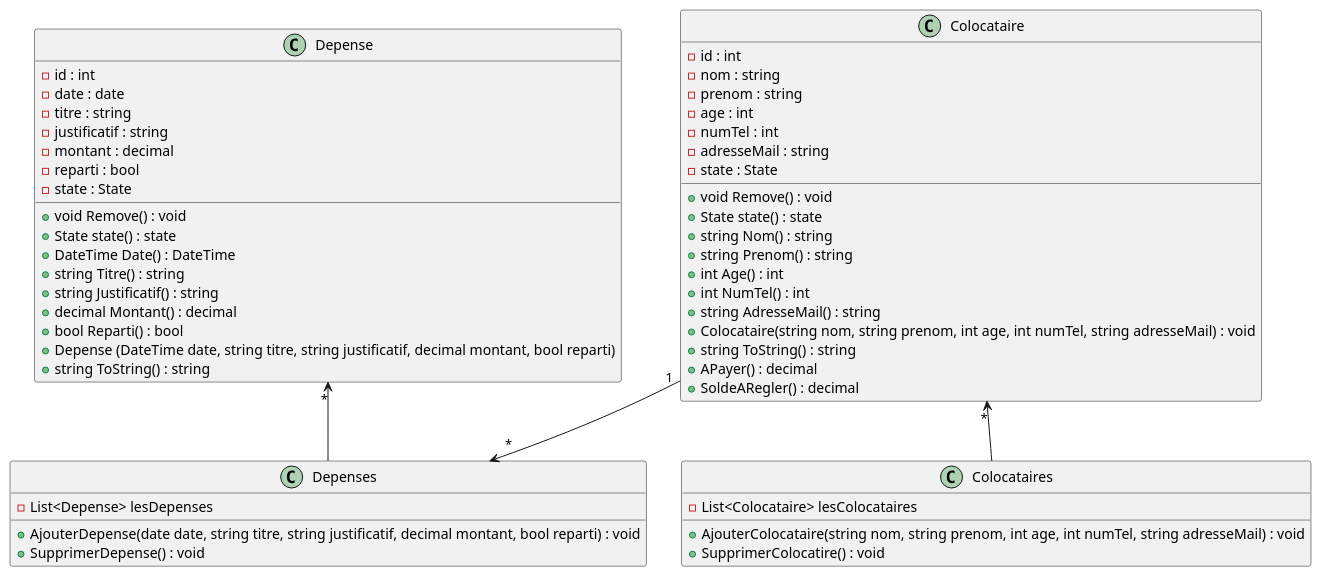
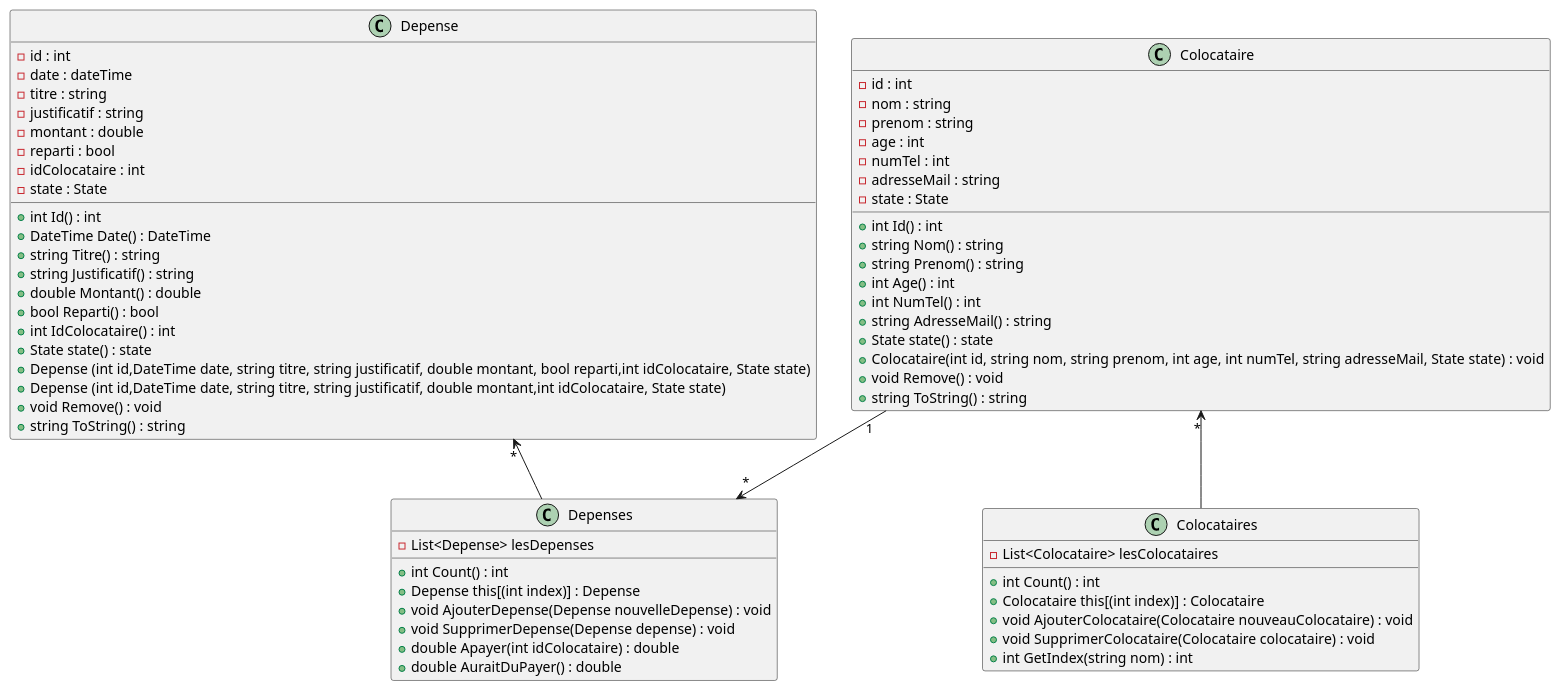
One commit to MihutaMihail/application_crous changed the sixth of 6 diagrams in README.md. Above: the diagram before and after it, drawn with PlantUML.

Commit message:
modification Readme.md - diagramme de classe

````diff
--- a/README.md
+++ b/README.md
@@ -242,61 +242,71 @@
 ```plantuml
 @startuml model1
 scale 1
 
 class Depense {
     - id : int
-    - date : date
+    - date : dateTime
     - titre : string
     - justificatif : string
-    - montant : decimal
+    - montant : double
     - reparti : bool
+    - idColocataire : int
     - state : State
-    + void Remove() : void
-    + State state() : state
+    + int Id() : int
     + DateTime Date() : DateTime
     + string Titre() : string
     + string Justificatif() : string
-    + decimal Montant() : decimal
+    + double Montant() : double
     + bool Reparti() : bool
-    + Depense (DateTime date, string titre, string justificatif, decimal montant, bool reparti)
+    + int IdColocataire() : int
+    + State state() : state
+    + Depense (int id,DateTime date, string titre, string justificatif, double montant, bool reparti,int idColocataire, State state)
+    + Depense (int id,DateTime date, string titre, string justificatif, double montant,int idColocataire, State state)
+    + void Remove() : void
     + string ToString() : string
 
 }
 class Depenses {
     - List<Depense> lesDepenses
-    + AjouterDepense(date date, string titre, string justificatif, decimal montant, bool reparti) : void
-    + SupprimerDepense() : void
+    + int Count() : int
+    + Depense this[(int index)] : Depense
+    + void AjouterDepense(Depense nouvelleDepense) : void
+    + void SupprimerDepense(Depense depense) : void
+    + double Apayer(int idColocataire) : double
+    + double AuraitDuPayer() : double
 }
 
 class Colocataire {
     - id : int
     - nom : string
     - prenom : string
     - age : int
     - numTel : int
     - adresseMail : string
     - state : State
-    + void Remove() : void
-    + State state() : state
+    + int Id() : int
     + string Nom() : string
     + string Prenom() : string
     + int Age() : int
     + int NumTel() : int
     + string AdresseMail() : string
-    + Colocataire(string nom, string prenom, int age, int numTel, string adresseMail) : void
+    + State state() : state
+    + Colocataire(int id, string nom, string prenom, int age, int numTel, string adresseMail, State state) : void
+    + void Remove() : void
     + string ToString() : string
-    + APayer() : decimal
-    + SoldeARegler() : decimal
 }
 class Colocataires {
     - List<Colocataire> lesColocataires
-    + AjouterColocataire(string nom, string prenom, int age, int numTel, string adresseMail) : void
-    + SupprimerColocatire() : void
+    + int Count() : int
+    + Colocataire this[(int index)] : Colocataire
+    + void AjouterColocataire(Colocataire nouveauColocataire) : void
+    + void SupprimerColocataire(Colocataire colocataire) : void
+    + int GetIndex(string nom) : int
 }
 
 Colocataire "1" --> "*" Depenses
 Colocataire "*" <-- Colocataires
 Depense "*" <-- Depenses
 
 @enduml
 ```
````
